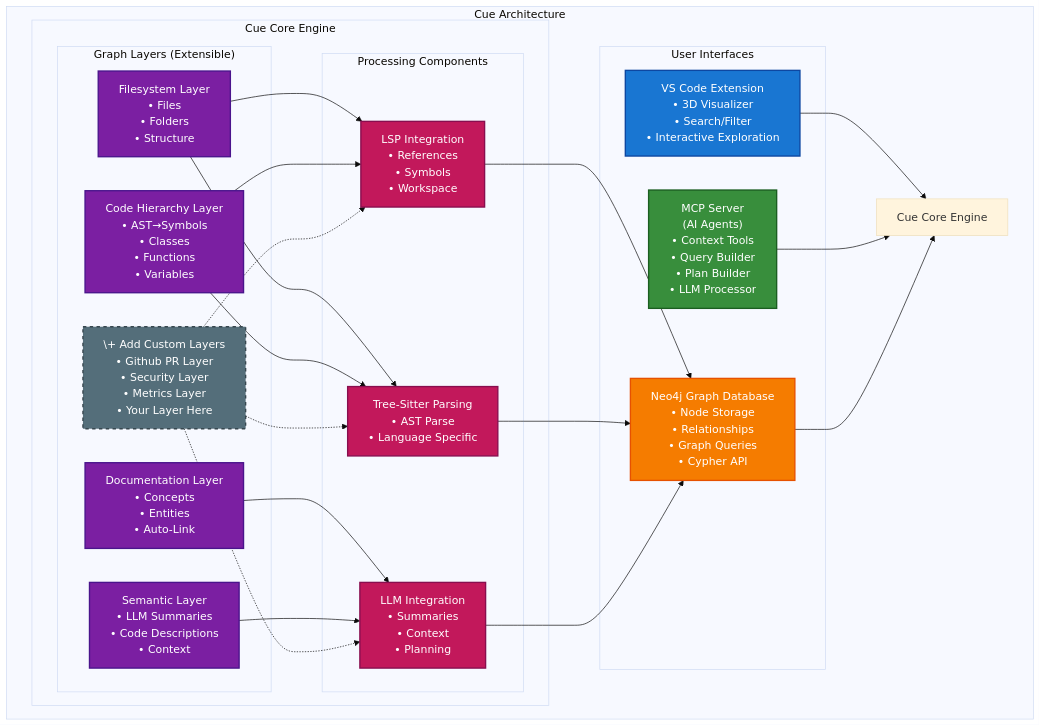
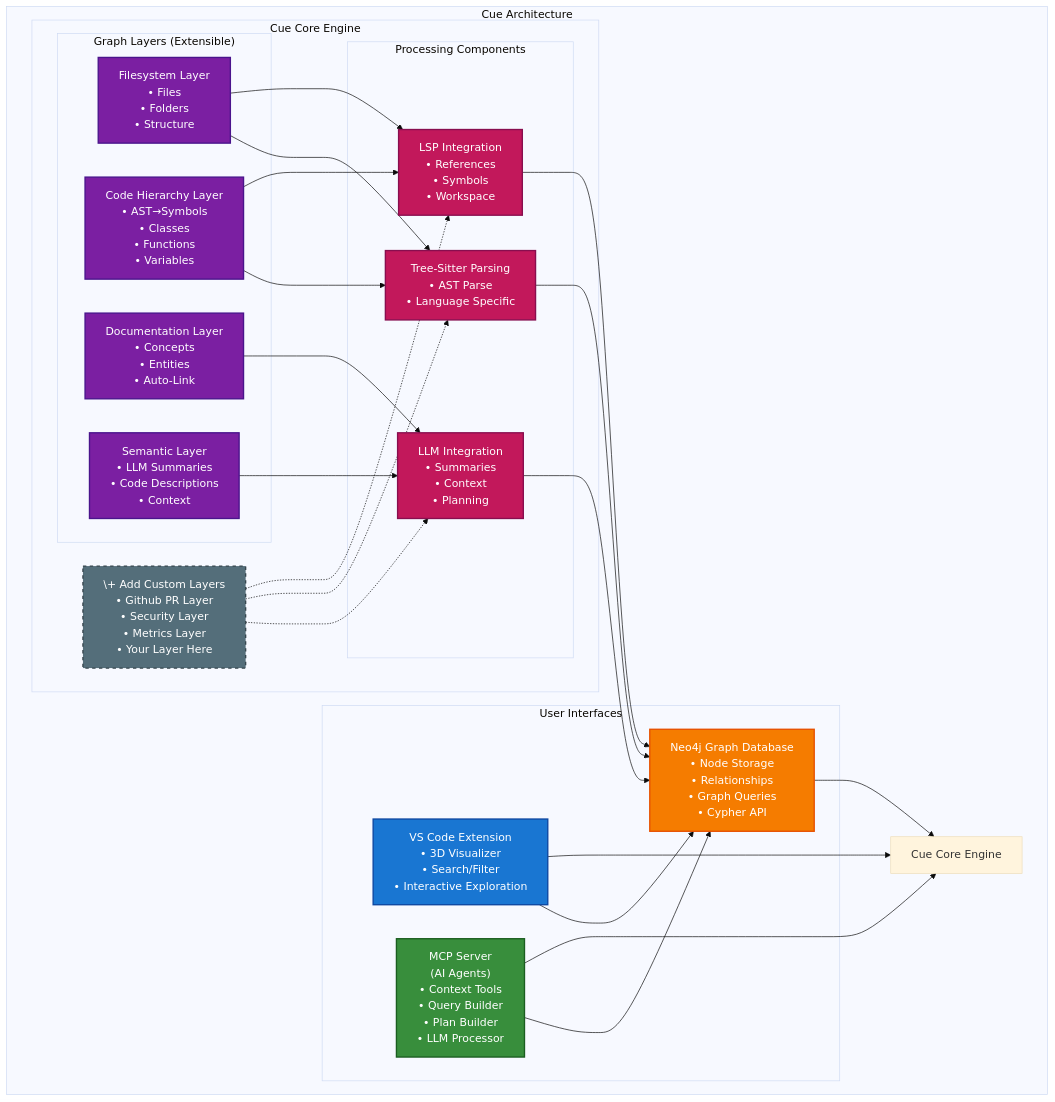
The diagram in README.md (rysweet/cue), drawn with Mermaid before and after one commit. The commit also changed other lines of this file and 1 other file, not shown here.

First paragraph of the commit message:
Further improve Mermaid diagram: layout, connections, and extensibility (#78)
* fix: drastically improve Mermaid diagram text contrast with dark backgrounds

````diff
--- a/README.md
+++ b/README.md
@@ -22,57 +22,60 @@
 ```mermaid
 %%{init: {'theme':'base', 'themeVariables': { 'fontSize': '16px'}}}%%
 graph TB
     subgraph "Cue Architecture"
         subgraph "User Interfaces"
             VSCode["VS Code Extension<br/>• 3D Visualizer<br/>• Search/Filter<br/>• Interactive Exploration"]
             MCP["MCP Server<br/>(AI Agents)<br/>• Context Tools<br/>• Query Builder<br/>• Plan Builder<br/>• LLM Processor"]
             Neo4j["Neo4j Graph Database<br/>• Node Storage<br/>• Relationships<br/>• Graph Queries<br/>• Cypher API"]
         end
         
         subgraph "Cue Core Engine"
             subgraph "Graph Layers (Extensible)"
                 FS["Filesystem Layer<br/>• Files<br/>• Folders<br/>• Structure"]
                 CH["Code Hierarchy Layer<br/>• AST→Symbols<br/>• Classes<br/>• Functions<br/>• Variables"]
                 DOC["Documentation Layer<br/>• Concepts<br/>• Entities<br/>• Auto-Link"]
                 SEM["Semantic Layer<br/>• LLM Summaries<br/>• Code Descriptions<br/>• Context"]
-                EXT["\+ Add Custom Layers<br/>• Github PR Layer<br/>• Security Layer<br/>• Metrics Layer<br/>• Your Layer Here"]
             end
             
             subgraph "Processing Components"
                 LSP["LSP Integration<br/>• References<br/>• Symbols<br/>• Workspace"]
                 TS["Tree-Sitter Parsing<br/>• AST Parse<br/>• Language Specific"]
                 LLM["LLM Integration<br/>• Summaries<br/>• Context<br/>• Planning"]
             end
+            
+            EXT["\+ Add Custom Layers<br/>• Github PR Layer<br/>• Security Layer<br/>• Metrics Layer<br/>• Your Layer Here"]
         end
         
         VSCode --> Core[Cue Core Engine]
+        VSCode --> Neo4j
         MCP --> Core
+        MCP --> Neo4j
         Neo4j --> Core
         
         FS --> LSP
         FS --> TS
         CH --> LSP
         CH --> TS
         DOC --> LLM
         SEM --> LLM
         EXT -.-> LSP
         EXT -.-> TS
         EXT -.-> LLM
         
         LSP --> Neo4j
         TS --> Neo4j
         LLM --> Neo4j
     end
     
     style VSCode fill:#1976d2,color:#ffffff,stroke:#0d47a1,stroke-width:2px
     style MCP fill:#388e3c,color:#ffffff,stroke:#1b5e20,stroke-width:2px
     style Neo4j fill:#f57c00,color:#ffffff,stroke:#e65100,stroke-width:2px
     style FS fill:#7b1fa2,color:#ffffff,stroke:#4a148c,stroke-width:2px
     style CH fill:#7b1fa2,color:#ffffff,stroke:#4a148c,stroke-width:2px
     style DOC fill:#7b1fa2,color:#ffffff,stroke:#4a148c,stroke-width:2px
     style SEM fill:#7b1fa2,color:#ffffff,stroke:#4a148c,stroke-width:2px
     style EXT fill:#546e7a,color:#ffffff,stroke:#37474f,stroke-width:2px,stroke-dasharray: 5 5
     style LSP fill:#c2185b,color:#ffffff,stroke:#880e4f,stroke-width:2px
     style TS fill:#c2185b,color:#ffffff,stroke:#880e4f,stroke-width:2px
     style LLM fill:#c2185b,color:#ffffff,stroke:#880e4f,stroke-width:2px
 ```
````
